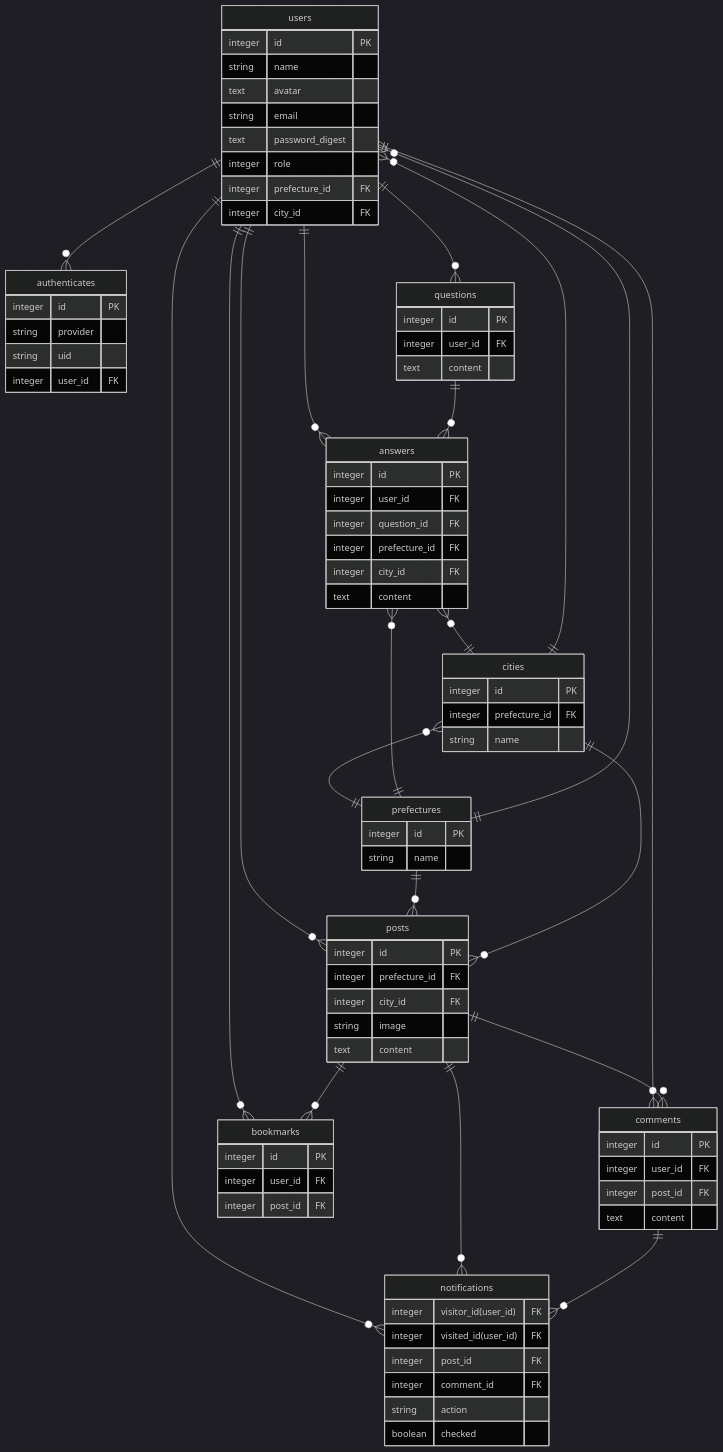
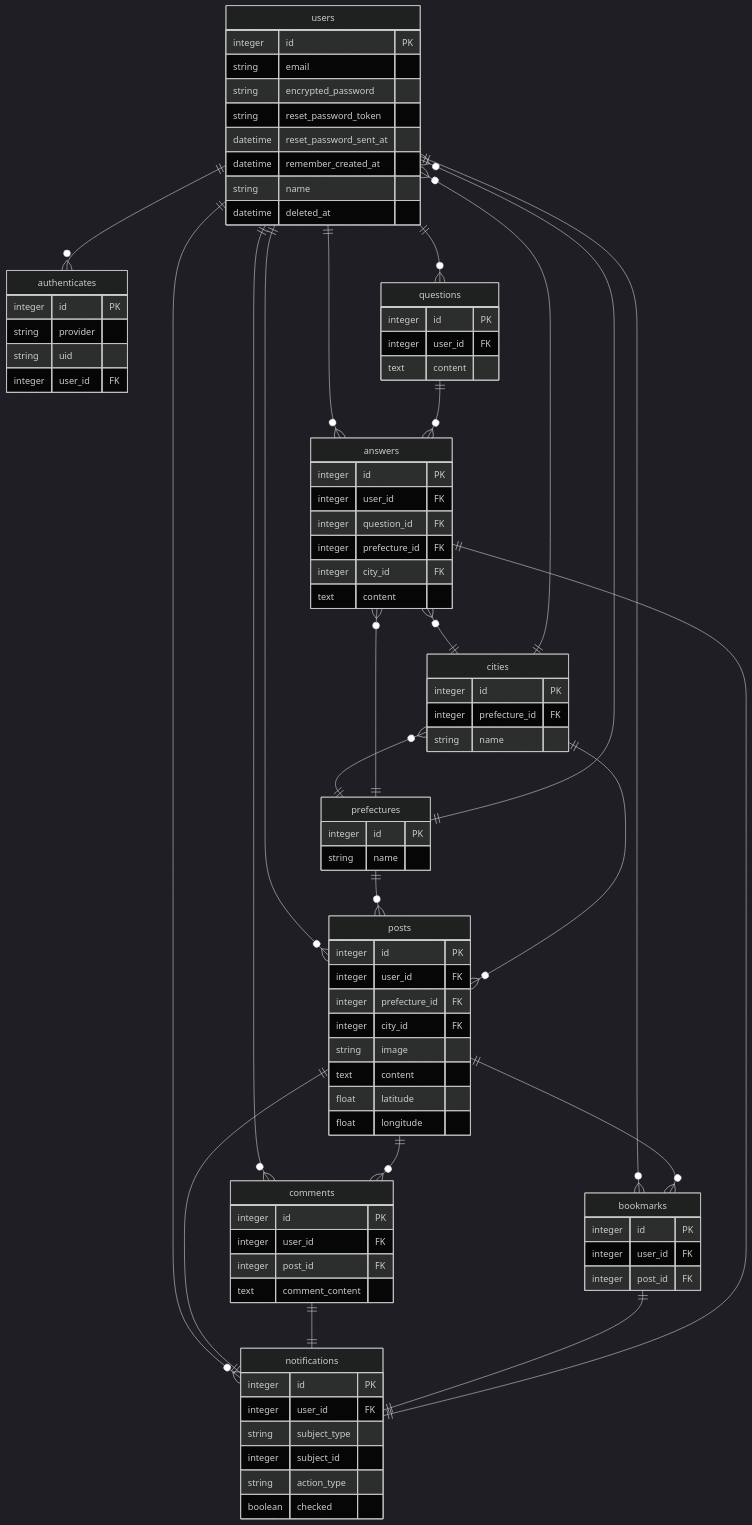
The diagram in README.md (inoserisa/jimotter), drawn with Mermaid (dark theme) before and after one commit.

Commit message:
ER修正

```diff
--- a/README.md
+++ b/README.md
@@ -86,8 +86,10 @@
 posts ||--o{ bookmarks:""
 users ||--o{ authenticates:""
 users ||--o{ notifications:""
-posts ||--o{ notifications:""
-comments ||--o{ notifications:""
+posts ||--|| notifications:""
+comments ||--|| notifications:""
+bookmarks ||--|| notifications:""
+answers ||--|| notifications:""
 users ||--o{ questions: ""
 users ||--o{ answers: ""
 questions ||--o{ answers: ""
@@ -96,28 +98,31 @@
 
 users {
 integer id PK
+string email
+string encrypted_password
+string reset_password_token
+datetime reset_password_sent_at
+datetime remember_created_at
 string name
-text avatar
-string email
-text password_digest
-integer role
-integer prefecture_id FK
-integer city_id FK
+datetime deleted_at
 }
 
 posts{
 integer id PK
+integer user_id FK
 integer prefecture_id FK
 integer city_id FK
 string image
 text content
+float latitude
+float longitude
 }
 
 comments{
 integer id PK
 integer user_id FK
 integer post_id FK
-text content
+text comment_content
 }
 
 prefectures{
@@ -145,11 +150,11 @@
 }
 
 notifications{
-integer visitor_id(user_id) FK
-integer visited_id(user_id) FK
-integer post_id FK
-integer comment_id FK
-string action
+integer id PK
+integer user_id FK
+string subject_type
+integer subject_id
+string action_type
 boolean checked
 }
 
```
